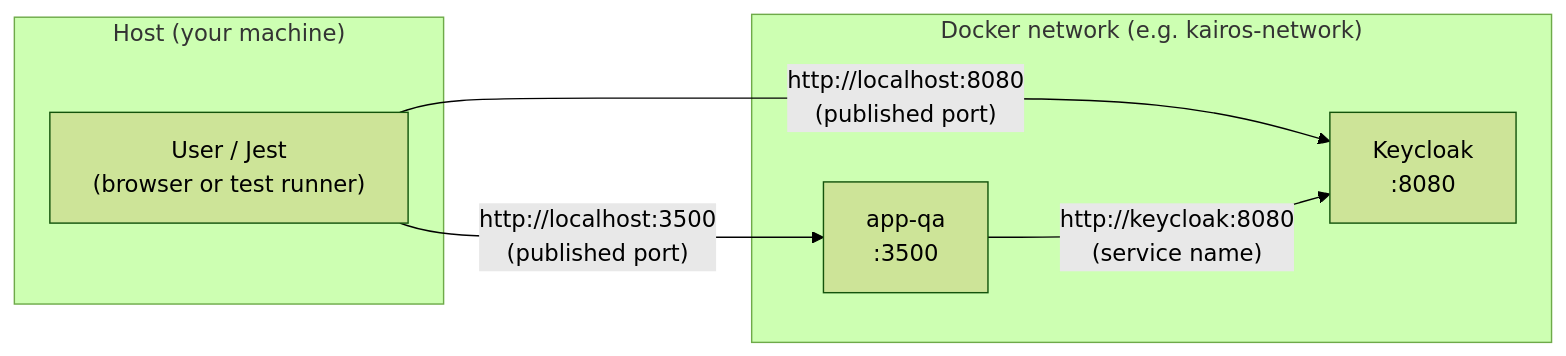
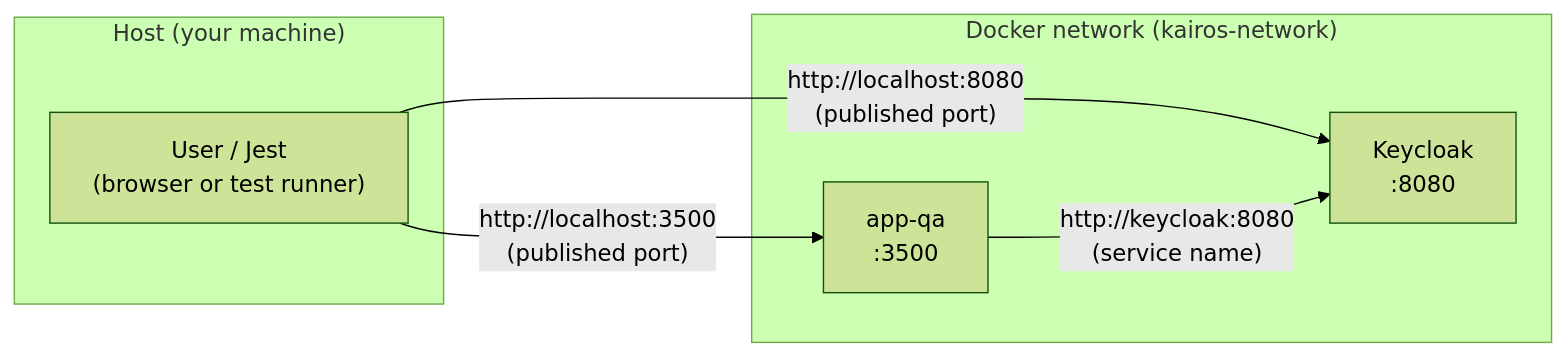
The first of 3 diagrams in docs/architecture/auth-urls-qa.md (debian777/kairos-mcp), drawn with Mermaid (forest theme) before and after one commit. The commit also changed other lines of this file and 22 other files, not shown here.

````diff
--- a/docs/architecture/auth-urls-qa.md
+++ b/docs/architecture/auth-urls-qa.md
@@ -11,15 +15,15 @@
 ```mermaid
 flowchart LR
     subgraph HOST["Host (your machine)"]
         USER["User / Jest\n(browser or test runner)"]
     end
 
-    subgraph DOCKER["Docker network (e.g. kairos-network)"]
+    subgraph DOCKER["Docker network (kairos-network)"]
         KEYCLOAK["Keycloak\n:8080"]
         APP["app-qa\n:3500"]
     end
 
     USER -->|"http://localhost:8080\n(published port)"| KEYCLOAK
     USER -->|"http://localhost:3500\n(published port)"| APP
     APP   -->|"http://keycloak:8080\n(service name)"| KEYCLOAK
 ```
````
